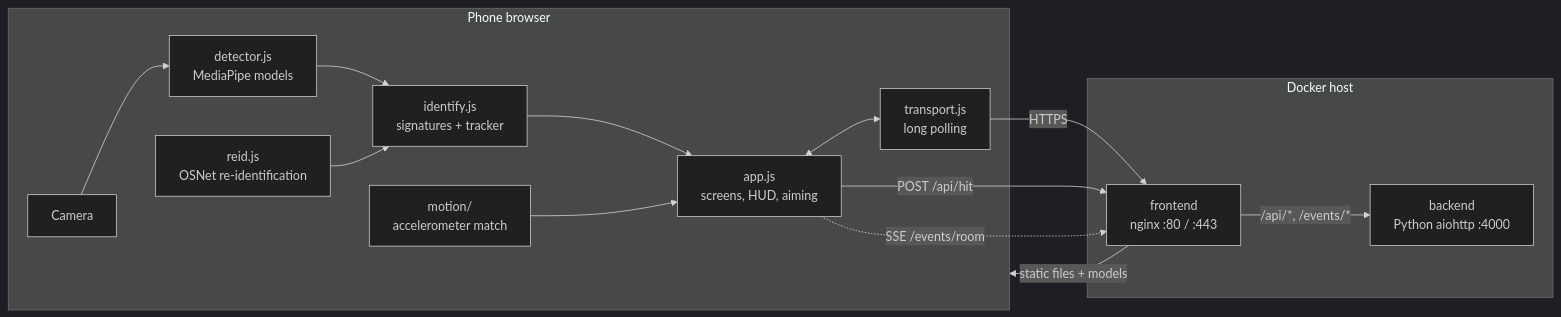
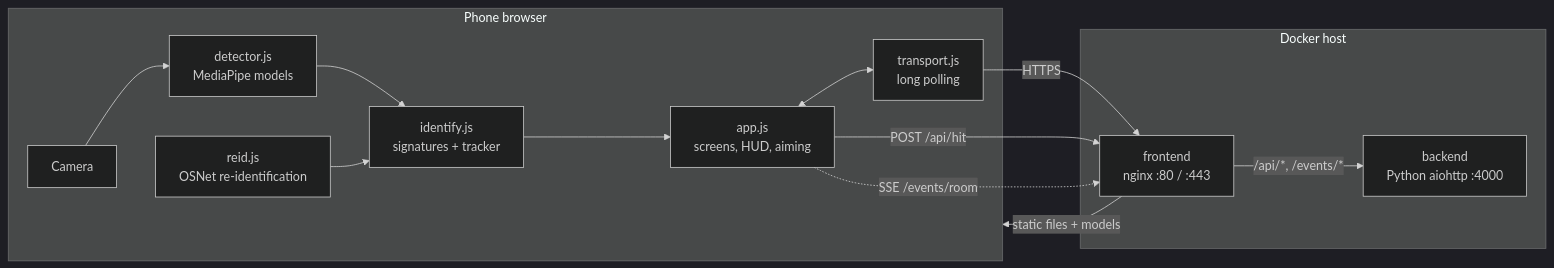
Before and after one commit to Basiliskenzahn/Laser-Tag: the first of 2 diagrams in docs/architecture.md, drawn with Mermaid (dark theme). The commit also changed other lines of this file and 12 other files, not shown here.

````diff
--- a/docs/architecture.md
+++ b/docs/architecture.md
@@ -10,22 +10,21 @@
 ```mermaid
 flowchart LR
   subgraph Phone["Phone browser"]
     CAM[Camera] --> DET["detector.js<br/>MediaPipe models"]
     DET --> ID["identify.js<br/>signatures + tracker"]
     REID["reid.js<br/>OSNet re-identification"] --> ID
     ID --> APP["app.js<br/>screens, HUD, aiming"]
-    MOT["motion/<br/>accelerometer match"] --> APP
     APP <--> TR["transport.js<br/>long polling"]
   end
 
   subgraph Host["Docker host"]
     NGINX["frontend<br/>nginx :80 / :443"]
     PY["backend<br/>Python aiohttp :4000"]
     NGINX -- "/api/*, /events/*" --> PY
   end
 
   TR -- "HTTPS" --> NGINX
   APP -- "POST /api/hit" --> NGINX
   APP -. "SSE /events/room" .-> NGINX
   NGINX -- "static files + models" --> Phone
 ```
````
